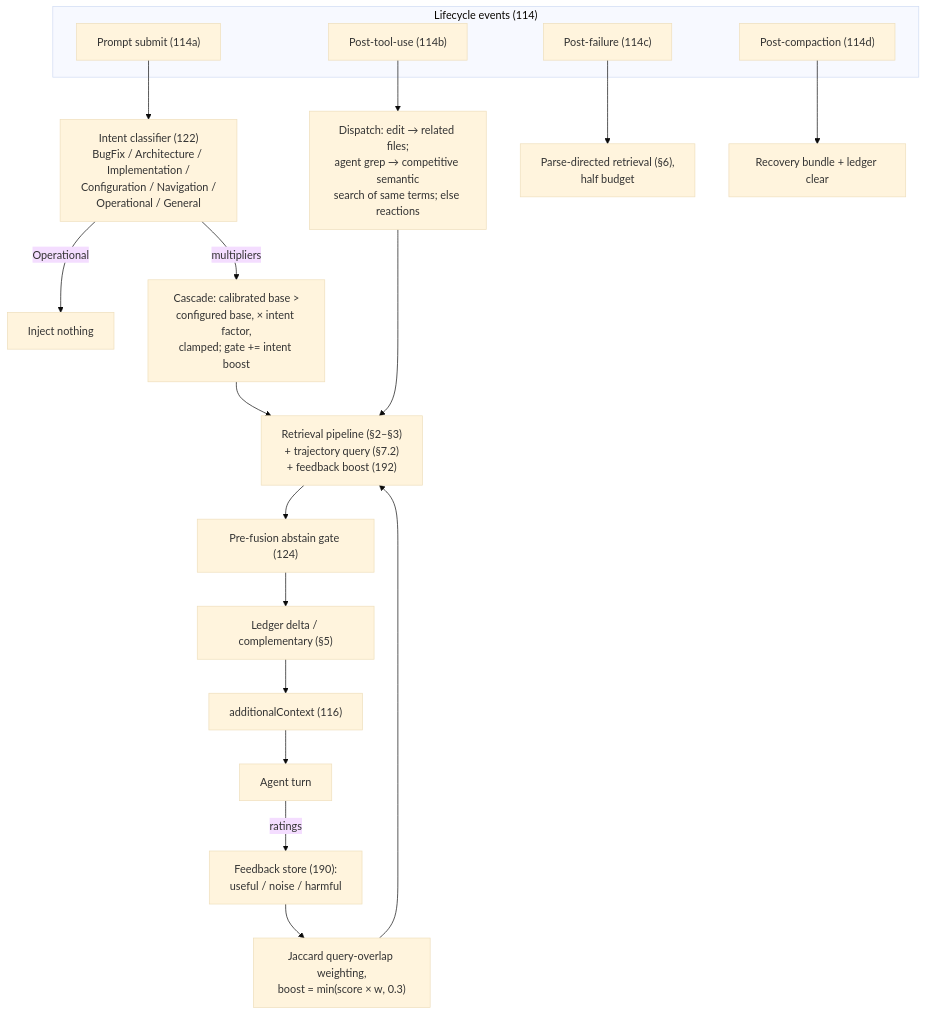
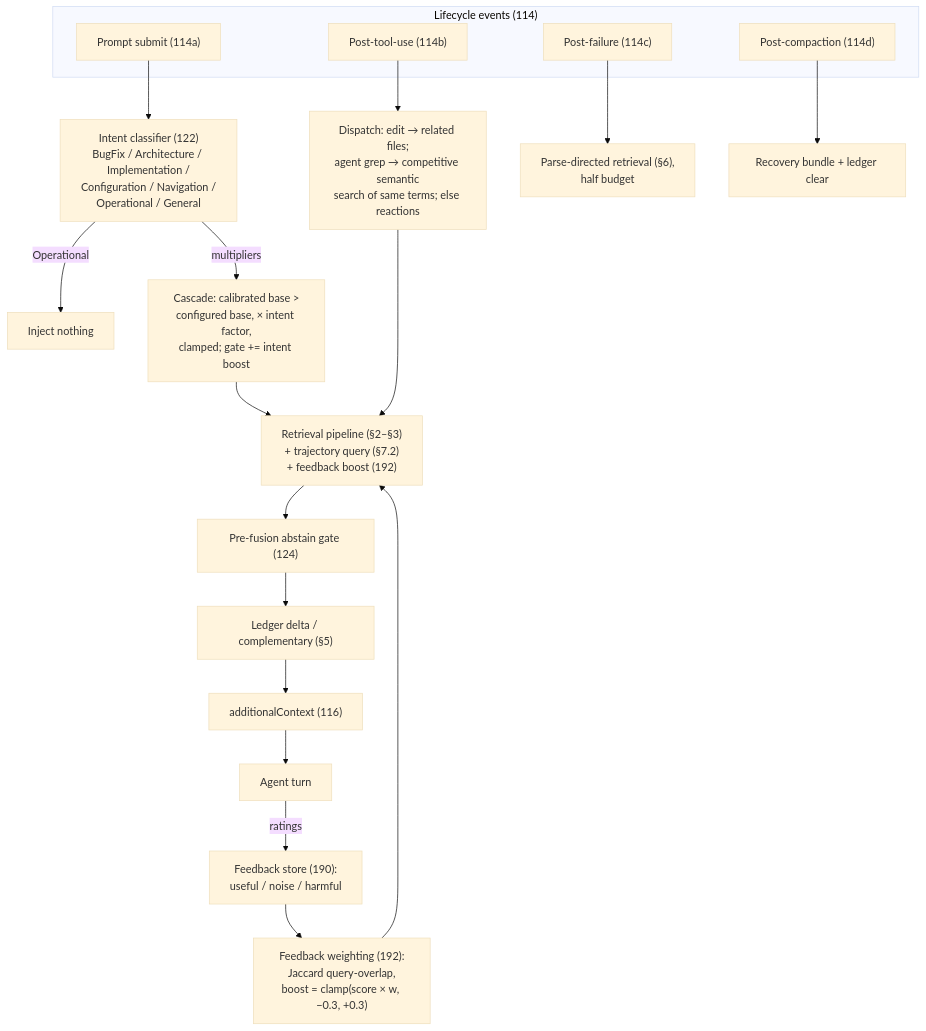
The seventh of 7 diagrams in docs/patents/provisional-retrieval-cluster.md (scbrown/bobbin), drawn with Mermaid (base theme) before and after one commit. The commit also changed other lines of this file and 1 other file, not shown here.

````diff
--- a/docs/patents/provisional-retrieval-cluster.md
+++ b/docs/patents/provisional-retrieval-cluster.md
@@ -342,24 +343,24 @@
 ```mermaid
 flowchart TB
     subgraph Events["Lifecycle events (114)"]
         E1["Prompt submit (114a)"]
         E2["Post-tool-use (114b)"]
         E3["Post-failure (114c)"]
         E4["Post-compaction (114d)"]
     end
     E1 --> INT["Intent classifier (122)<br/>BugFix / Architecture / Implementation /<br/>Configuration / Navigation /<br/>Operational / General"]
     INT -- "Operational" --> NOTHING["Inject nothing"]
     INT -- multipliers --> CASC["Cascade: calibrated base ><br/>configured base, × intent factor,<br/>clamped; gate += intent boost"]
     CASC --> PIPE["Retrieval pipeline (§2–§3)<br/>+ trajectory query (§7.2)<br/>+ feedback boost (192)"]
     PIPE --> GATE2["Pre-fusion abstain gate (124)"]
     GATE2 --> LED2["Ledger delta / complementary (§5)"]
     E2 --> DISP["Dispatch: edit → related files;<br/>agent grep → competitive semantic<br/>search of same terms; else reactions"]
     E3 --> F["Parse-directed retrieval (§6),<br/>half budget"]
     E4 --> R["Recovery bundle + ledger clear"]
     DISP --> PIPE
-    FBS["Feedback store (190):<br/>useful / noise / harmful"] --> W["Jaccard query-overlap weighting,<br/>boost = min(score × w, 0.3)"]
+    FBS["Feedback store (190):<br/>useful / noise / harmful"] --> W["Feedback weighting (192):<br/>Jaccard query-overlap,<br/>boost = clamp(score × w, −0.3, +0.3)"]
     W --> PIPE
     LED2 --> OUTB["additionalContext (116)"]
     OUTB --> AGENT2["Agent turn"]
     AGENT2 -- ratings --> FBS
 ```
````
